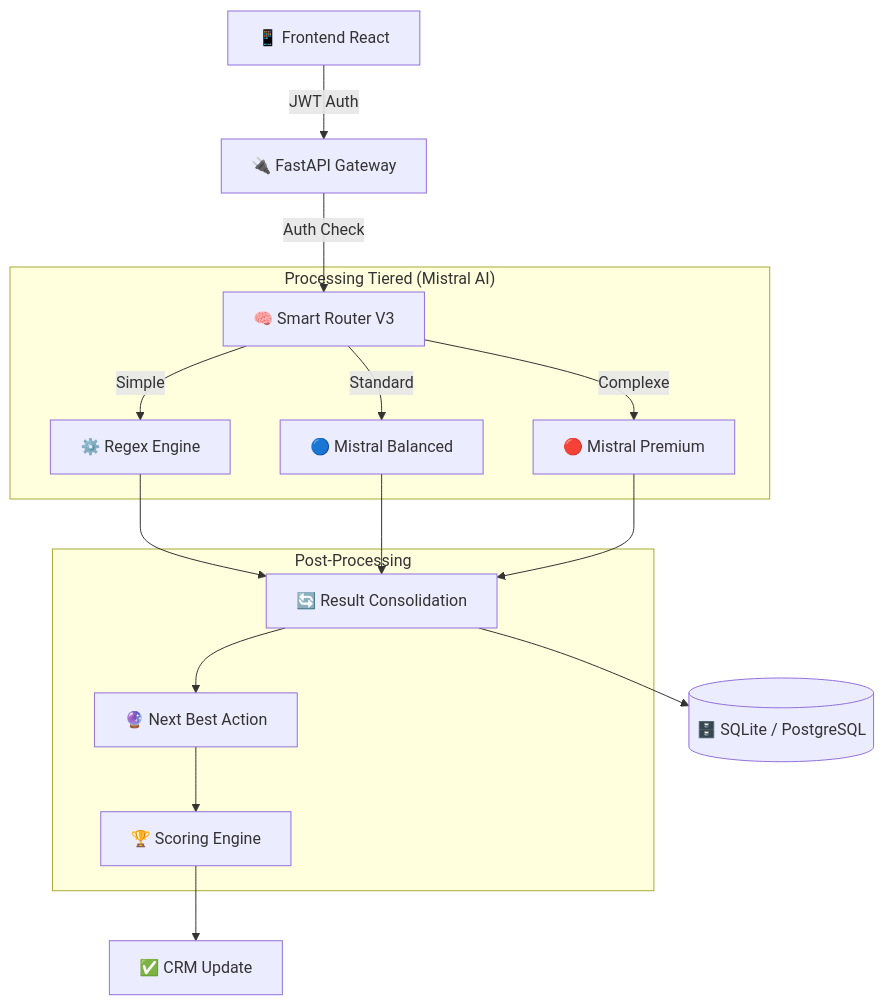
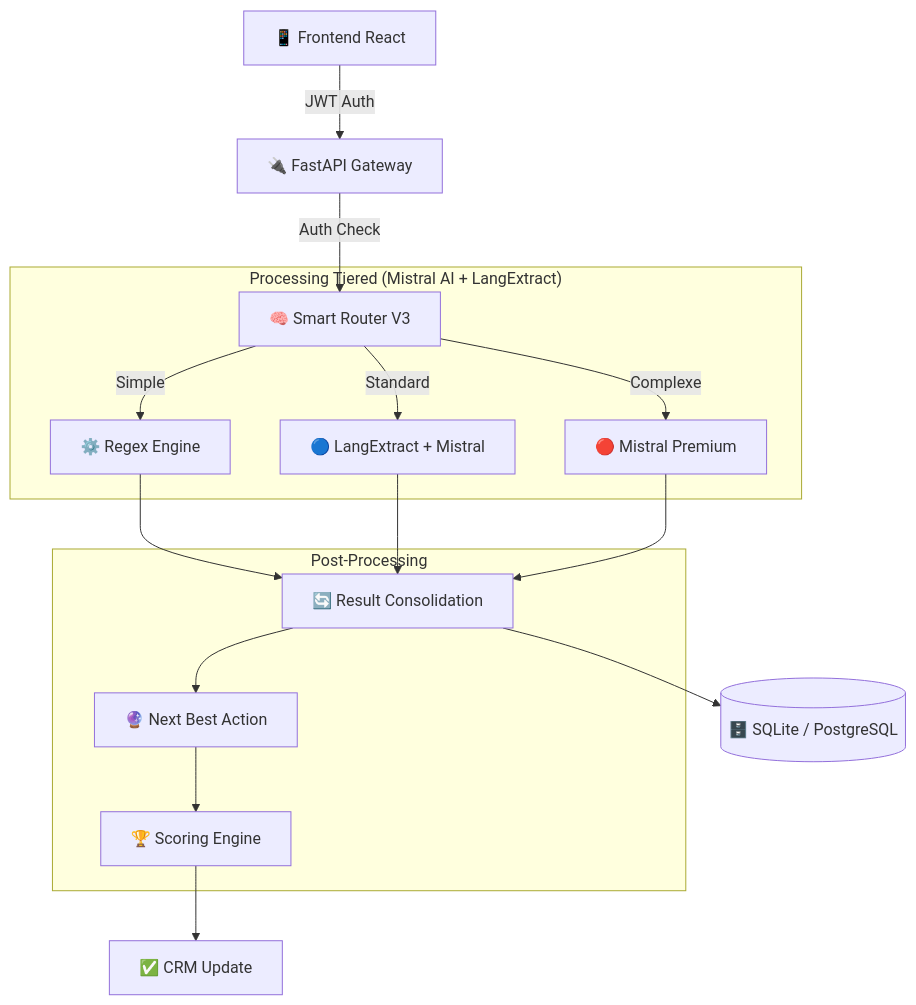
Before and after one commit to wb-eugenia/lvmh-data: the diagram in README.md, drawn with Mermaid. The commit also changed other lines of this file and 9 other files, not shown here.

First line of the commit message:
feat: integrate LangExtract for Tier 2 extraction

````diff
--- a/README.md
+++ b/README.md
@@ -63,21 +74,21 @@
 ```mermaid
 graph TD
     User[📱 Frontend React] -->|JWT Auth| API[🔌 FastAPI Gateway]
     API -->|Auth Check| Router[🧠 Smart Router V3]
     
-    subgraph "Processing Tiered (Mistral AI)"
+    subgraph "Processing Tiered (Mistral AI + LangExtract)"
         Router -->|Simple| T1[⚙️ Regex Engine]
-        Router -->|Standard| T2[🔵 Mistral Balanced]
+        Router -->|Standard| T2[🔵 LangExtract + Mistral]
         Router -->|Complexe| T3[🔴 Mistral Premium]
     end
     
     T1 & T2 & T3 --> Consolidator[🔄 Result Consolidation]
     Consolidator --> DB[(🗄️ SQLite / PostgreSQL)]
     
     subgraph "Post-Processing"
         Consolidator --> NBA[🔮 Next Best Action]
         NBA --> Game[🏆 Scoring Engine]
     end
     
     Game --> Output[✅ CRM Update]
 ```
````
